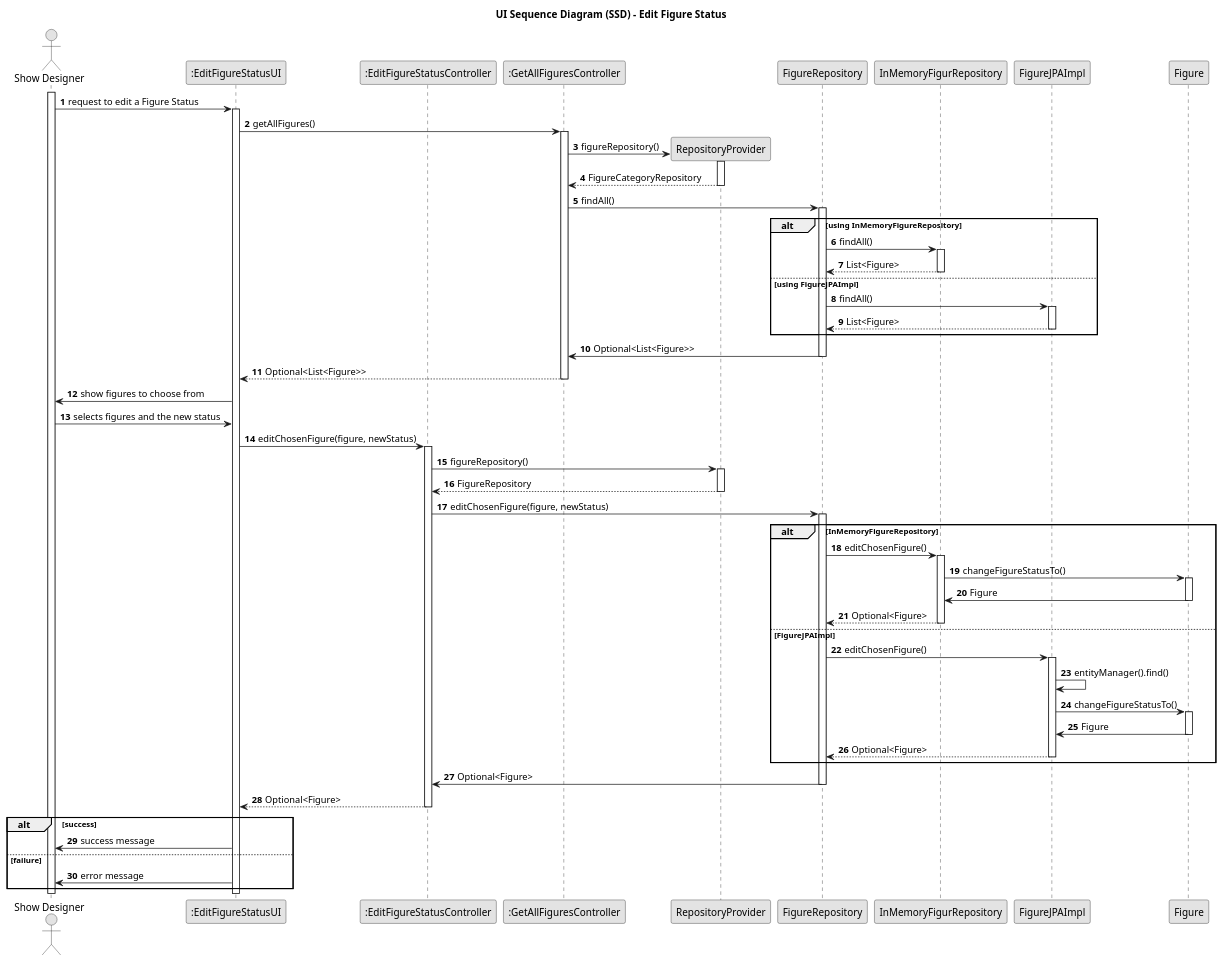
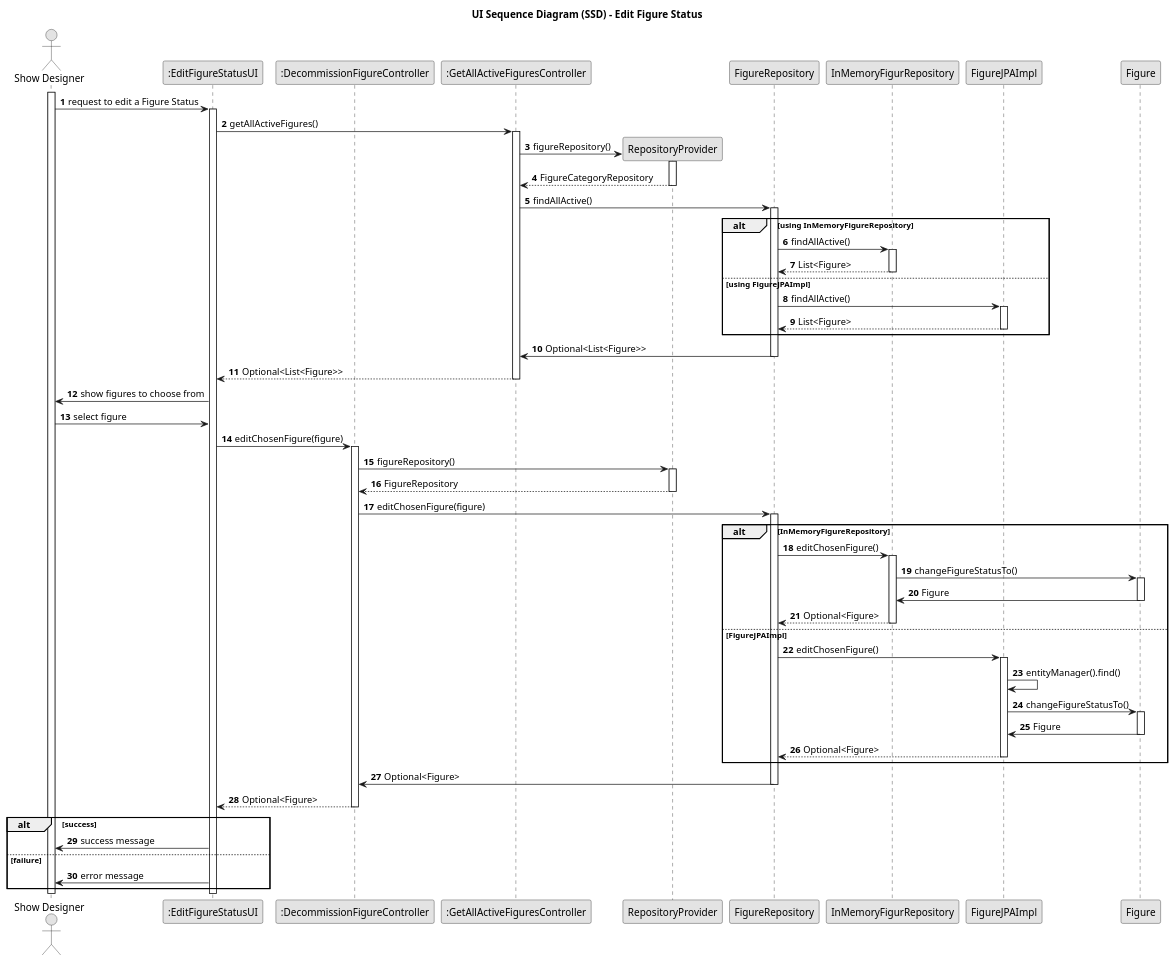
The diagram in docs/planning/sprint2/EAPLI/US234 - Decommission Figure/03.design/puml/us234-sequence-diagram-full.puml (SAEmanuel/Shodrone_ISEP), drawn with PlantUML before and after one commit. The commit also changed 9 other files, not shown here.

Commit message:
US 234 - Implementation of Decommission Figure Related to: #1/#49 #81 US 231 - Small adjustment on FigureRepositoryJPAImpl to public figures also need to be active Related to: #1/#46 #69

```diff
--- a/docs/planning/sprint2/EAPLI/US234 - Decommission Figure/03.design/puml/us234-sequence-diagram-full.puml
+++ b/docs/planning/sprint2/EAPLI/US234 - Decommission Figure/03.design/puml/us234-sequence-diagram-full.puml
@@ -1,116 +1,116 @@
 @startuml
 skinparam monochrome true
 skinparam packageStyle rectangle
 skinparam shadowing false
 
 title UI Sequence Diagram (SSD) - Edit Figure Status
 
 autonumber
 
 actor "Show Designer" as SD
 participant ":EditFigureStatusUI" as UI
-participant ":EditFigureStatusController" as CTRL
-participant ":GetAllFiguresController" as FetchCtrl
+participant ":DecommissionFigureController" as CTRL
+participant ":GetAllActiveFiguresController" as FetchCtrl
 participant "RepositoryProvider" as Provider
 participant "FigureRepository" as Repo
 participant "InMemoryFigurRepository" as InMemRepo
 participant "FigureJPAImpl" as JpaRepo
 participant "Figure" as Entity
 
 
 
 activate SD
 
 SD -> UI : request to edit a Figure Status
 activate UI
 
-UI -> FetchCtrl : getAllFigures()
+UI -> FetchCtrl : getAllActiveFigures()
 activate FetchCtrl
 
 FetchCtrl -> Provider** : figureRepository()
 activate Provider
 
 Provider --> FetchCtrl : FigureCategoryRepository
 deactivate Provider
 
 
-FetchCtrl -> Repo : findAll()
+FetchCtrl -> Repo : findAllActive()
 activate Repo
 
 alt using InMemoryFigureRepository
-    Repo -> InMemRepo : findAll()
+    Repo -> InMemRepo : findAllActive()
     activate InMemRepo
 
     InMemRepo --> Repo : List<Figure>
     deactivate InMemRepo
 else using FigureJPAImpl
-    Repo -> JpaRepo : findAll()
+    Repo -> JpaRepo : findAllActive()
     activate JpaRepo
 
     JpaRepo --> Repo : List<Figure>
     deactivate JpaRepo
 end
 
 
 Repo -> FetchCtrl: Optional<List<Figure>>
 deactivate Repo
 
 
 FetchCtrl --> UI : Optional<List<Figure>>
 deactivate FetchCtrl
 
 UI -> SD : show figures to choose from
 
-SD -> UI : selects figures and the new status
-UI -> CTRL : editChosenFigure(figure, newStatus)
+SD -> UI : select figure
+UI -> CTRL : editChosenFigure(figure)
 activate CTRL
 
 CTRL -> Provider : figureRepository()
 activate Provider
 
 Provider --> CTRL : FigureRepository
 deactivate Provider
 
-CTRL -> Repo : editChosenFigure(figure, newStatus)
+CTRL -> Repo : editChosenFigure(figure)
 activate Repo
 
 alt InMemoryFigureRepository
     Repo -> InMemRepo : editChosenFigure()
     activate InMemRepo
 
     InMemRepo -> Entity : changeFigureStatusTo()
     activate Entity
 
     Entity -> InMemRepo : Figure
     deactivate Entity
 
     InMemRepo --> Repo : Optional<Figure>
 else FigureJPAImpl
     deactivate InMemRepo
     Repo -> JpaRepo : editChosenFigure()
     activate JpaRepo
     JpaRepo -> JpaRepo : entityManager().find()
     JpaRepo -> Entity : changeFigureStatusTo()
 
     activate Entity
 
     Entity -> JpaRepo : Figure
     deactivate Entity
     JpaRepo --> Repo : Optional<Figure>
     deactivate JpaRepo
 end
     Repo -> CTRL : Optional<Figure>
     deactivate Repo
 
 CTRL --> UI : Optional<Figure>
 deactivate CTRL
 
 alt success
     UI -> SD : success message
 else failure
     UI -> SD : error message
 end
 
 deactivate UI
 deactivate SD
 @enduml
```
